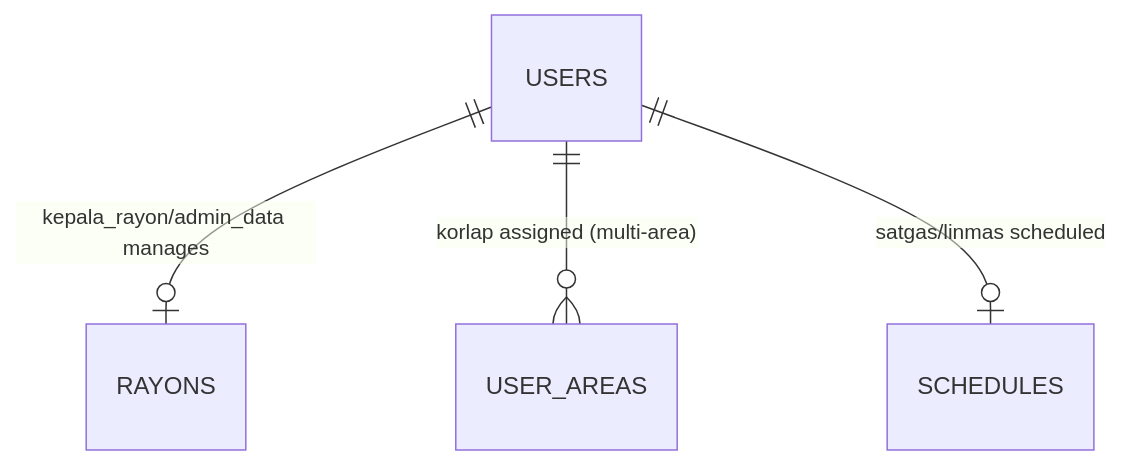
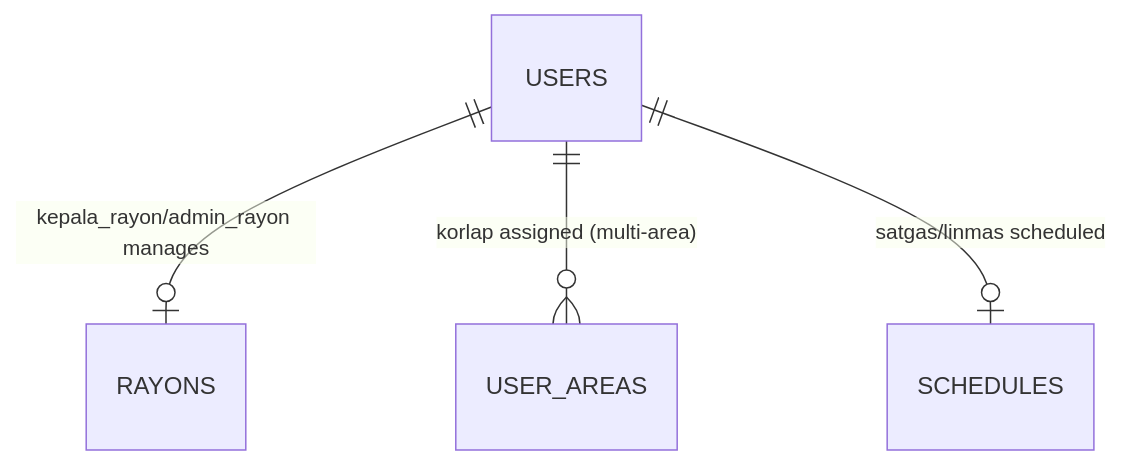
Before and after one commit to dlhsby/sekar: diagram 11 of 13 in specs/database/erd.md, drawn with Mermaid. The commit also changed other lines of this file and 242 other files, not shown here.

First line of the commit message:
refactor(rbac): rename roles top_management→management, admin_data→admin_rayon

````diff
--- a/specs/database/erd.md
+++ b/specs/database/erd.md
@@ -651,6 +651,6 @@
 ```mermaid
 erDiagram
-    USERS ||--o| RAYONS : "kepala_rayon/admin_data manages"
+    USERS ||--o| RAYONS : "kepala_rayon/admin_rayon manages"
     USERS ||--o{ USER_AREAS : "korlap assigned (multi-area)"
     USERS ||--o| SCHEDULES : "satgas/linmas scheduled"
 ```
````
